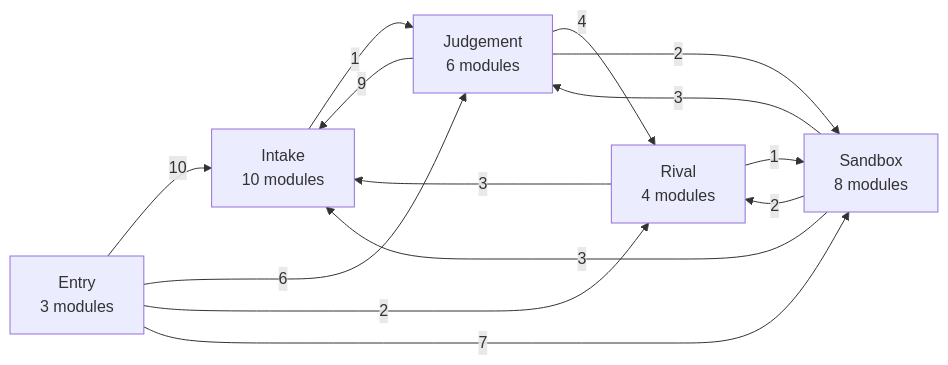
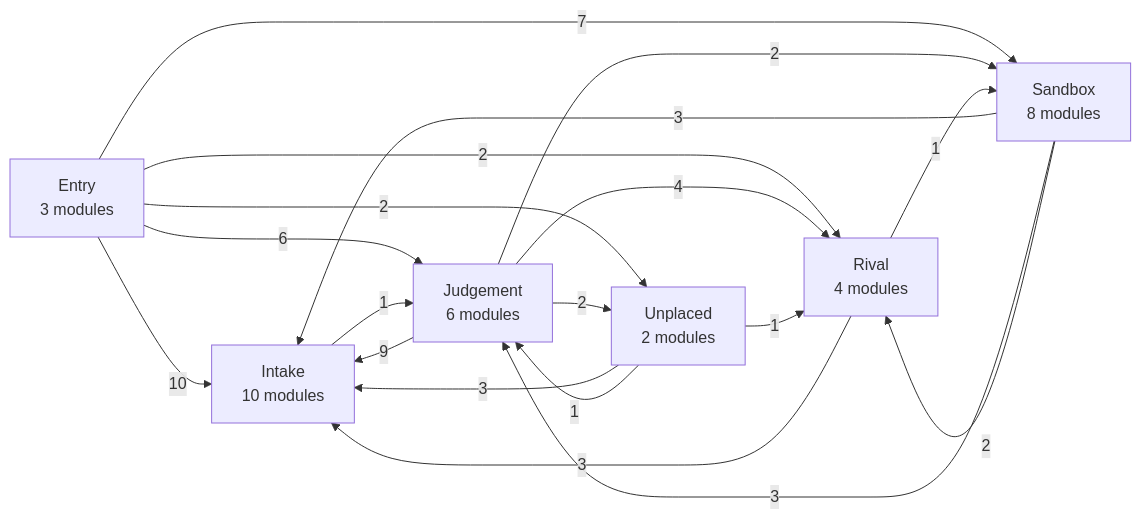
One commit to Okan-wqm/snowball-mcp changed the second of 9 diagrams in docs/harita.md. Above: the diagram before and after it, drawn with Mermaid. The commit also changed other lines of this file and 26 other files, not shown here.

````diff
--- a/docs/harita.md
+++ b/docs/harita.md
@@ -85,21 +85,27 @@
 ```mermaid
 flowchart LR
   a_Entry["Entry<br/>3 modules"]
   a_Intake["Intake<br/>10 modules"]
   a_Sandbox["Sandbox<br/>8 modules"]
   a_Rival["Rival<br/>4 modules"]
   a_Judgement["Judgement<br/>6 modules"]
+  a_Unplaced["Unplaced<br/>2 modules"]
   a_Entry -->|10| a_Intake
   a_Entry -->|6| a_Judgement
   a_Entry -->|2| a_Rival
   a_Entry -->|7| a_Sandbox
+  a_Entry -->|2| a_Unplaced
   a_Intake -->|1| a_Judgement
   a_Judgement -->|9| a_Intake
   a_Judgement -->|4| a_Rival
   a_Judgement -->|2| a_Sandbox
+  a_Judgement -->|2| a_Unplaced
   a_Rival -->|3| a_Intake
   a_Rival -->|1| a_Sandbox
   a_Sandbox -->|3| a_Intake
   a_Sandbox -->|3| a_Judgement
   a_Sandbox -->|2| a_Rival
+  a_Unplaced -->|3| a_Intake
+  a_Unplaced -->|1| a_Judgement
+  a_Unplaced -->|1| a_Rival
 ```
````
